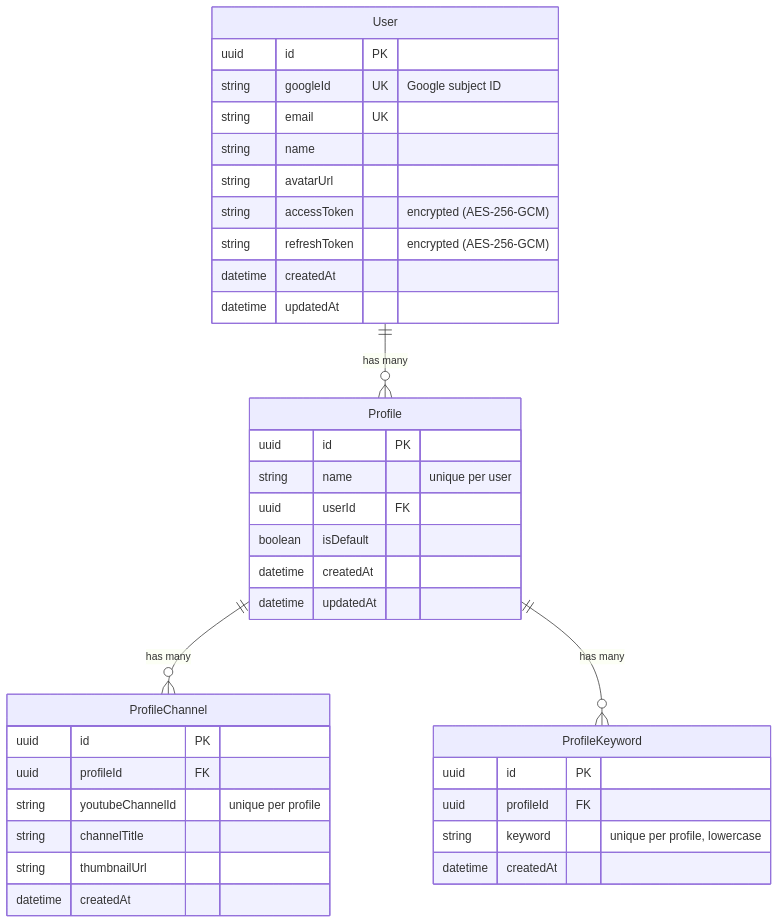
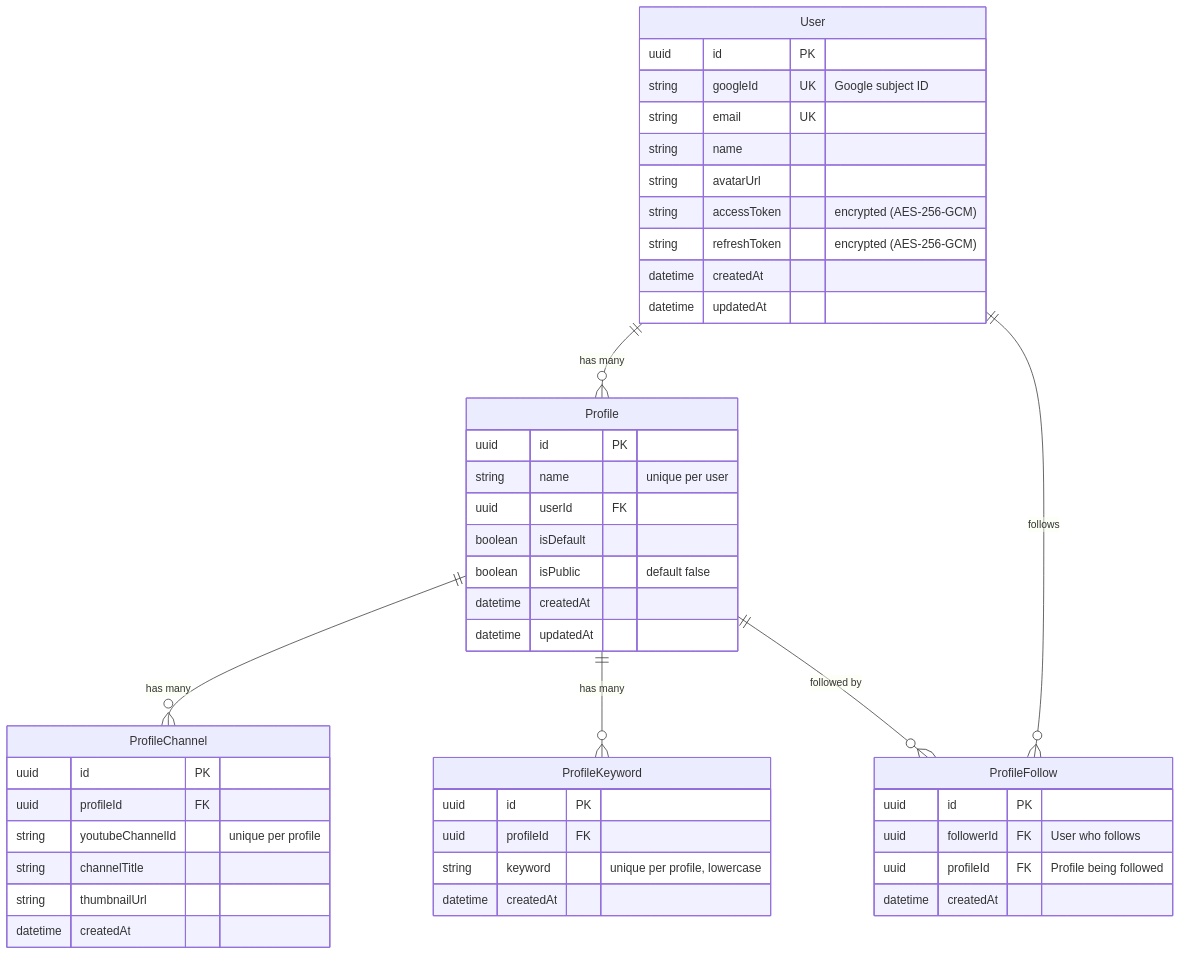
The sixth of 8 diagrams in ARCHITECTURE.md (ricardocovo/focused-tube), drawn with Mermaid before and after one commit. The commit also changed other lines of this file and 31 other files, not shown here.

First line of the commit message:
feat: add public profiles, community page, and follow system

````diff
--- a/ARCHITECTURE.md
+++ b/ARCHITECTURE.md
@@ -415,43 +432,53 @@
 ```mermaid
 erDiagram
     User ||--o{ Profile : "has many"
+    User ||--o{ ProfileFollow : "follows"
     Profile ||--o{ ProfileChannel : "has many"
     Profile ||--o{ ProfileKeyword : "has many"
+    Profile ||--o{ ProfileFollow : "followed by"
 
     User {
         uuid id PK
         string googleId UK "Google subject ID"
         string email UK
         string name
         string avatarUrl
         string accessToken "encrypted (AES-256-GCM)"
         string refreshToken "encrypted (AES-256-GCM)"
         datetime createdAt
         datetime updatedAt
     }
 
     Profile {
         uuid id PK
         string name "unique per user"
         uuid userId FK
         boolean isDefault
+        boolean isPublic "default false"
         datetime createdAt
         datetime updatedAt
     }
 
     ProfileChannel {
         uuid id PK
         uuid profileId FK
         string youtubeChannelId "unique per profile"
         string channelTitle
         string thumbnailUrl
         datetime createdAt
     }
 
     ProfileKeyword {
         uuid id PK
         uuid profileId FK
         string keyword "unique per profile, lowercase"
         datetime createdAt
     }
+
+    ProfileFollow {
+        uuid id PK
+        uuid followerId FK "User who follows"
+        uuid profileId FK "Profile being followed"
+        datetime createdAt
+    }
 ```
````
